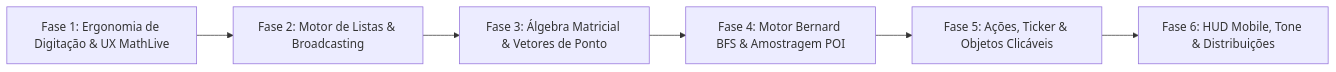
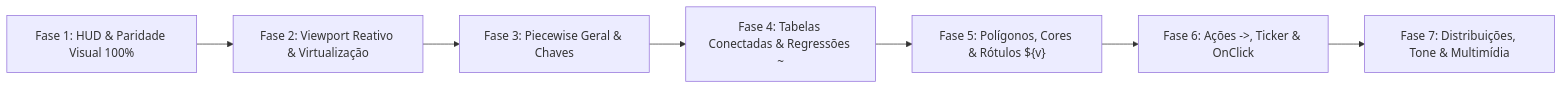
Before and after one commit to albengousss/Motorzaoo: the third of 3 diagrams in estudo_profundo_desmos_e_plano_reforma.md, drawn with Mermaid. The commit also changed other lines of this file, not shown here.

Commit message:
docs(plan): update master reform plan for 100% visual and functional Desmos parity

````diff
--- a/estudo_profundo_desmos_e_plano_reforma.md
+++ b/estudo_profundo_desmos_e_plano_reforma.md
@@ -338,8 +270,9 @@
 ```mermaid
 flowchart LR
-    F1["Fase 1: Ergonomia de Digitação & UX MathLive"] --> F2["Fase 2: Motor de Listas & Broadcasting"]
-    F2 --> F3["Fase 3: Álgebra Matricial & Vetores de Ponto"]
-    F3 --> F4["Fase 4: Motor Bernard BFS & Amostragem POI"]
-    F4 --> F5["Fase 5: Ações, Ticker & Objetos Clicáveis"]
-    F5 --> F6["Fase 6: HUD Mobile, Tone & Distribuições"]
+    F1["Fase 1: HUD & Paridade Visual 100%"] --> F2["Fase 2: Viewport Reativo & Virtualização"]
+    F2 --> F3["Fase 3: Piecewise Geral & Chaves"]
+    F3 --> F4["Fase 4: Tabelas Conectadas & Regressões ~"]
+    F4 --> F5["Fase 5: Polígonos, Cores & Rótulos ${v}"]
+    F5 --> F6["Fase 6: Ações ->, Ticker & OnClick"]
+    F6 --> F7["Fase 7: Distribuições, Tone & Multimídia"]
 ```
````
